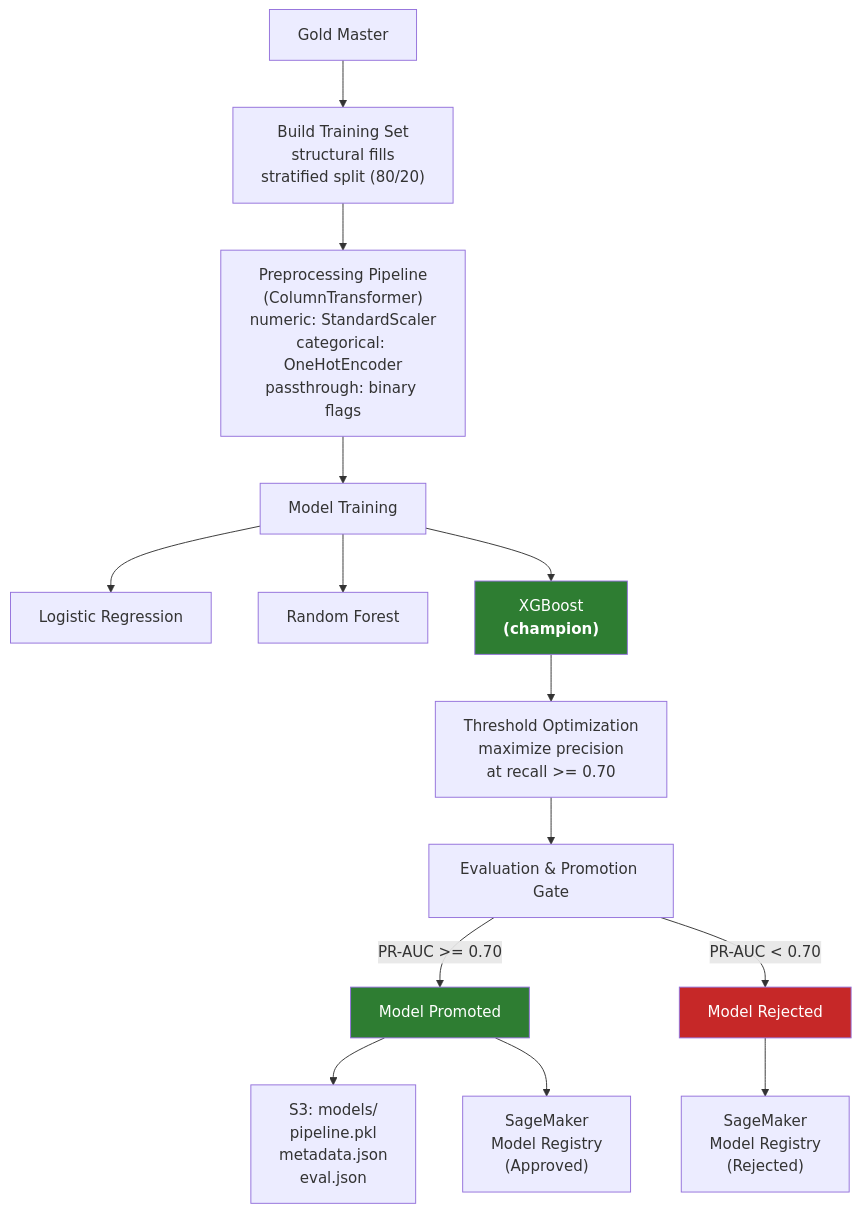
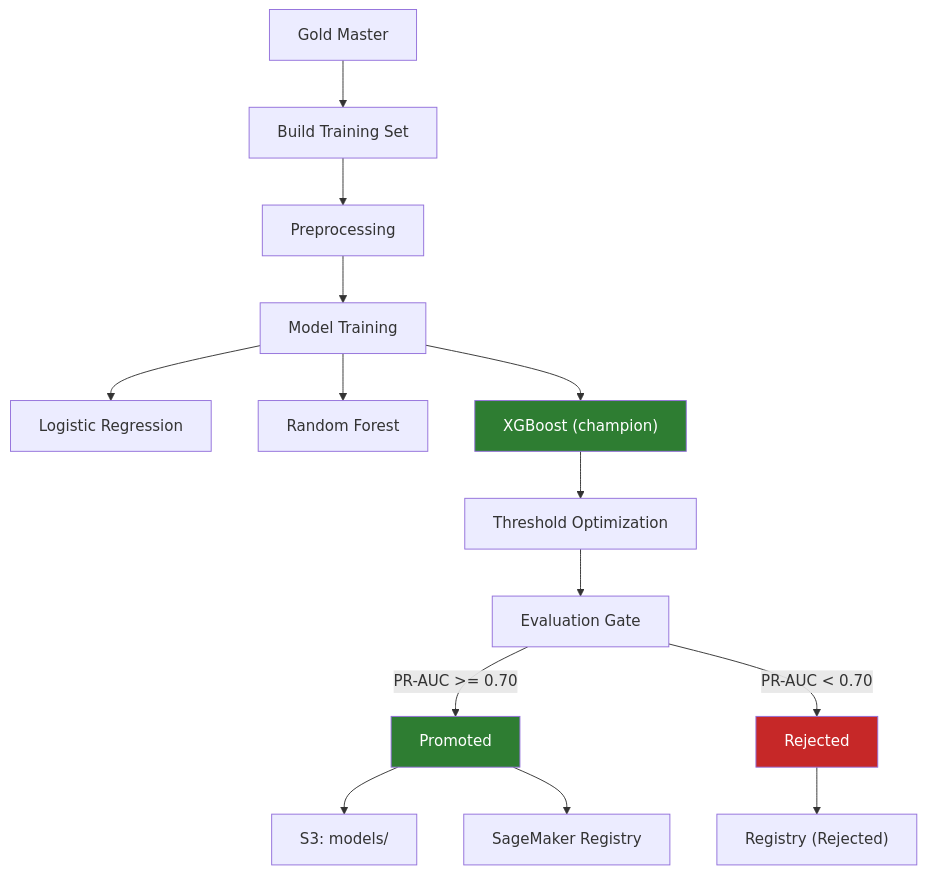
Before and after one commit to rawad-yared/bcgx-spanishgas-g1: the fourth of 8 diagrams in README.md, drawn with Mermaid. The commit also changed other lines of this file, not shown here.

First line of the commit message:
Shorten Mermaid diagram labels to prevent text clipping

````diff
--- a/README.md
+++ b/README.md
@@ -250,25 +256,25 @@
 ```mermaid
 graph TD
-    GM["Gold Master"] --> BTS["Build Training Set<br/>structural fills<br/>stratified split (80/20)"]
-    BTS --> PP["Preprocessing Pipeline<br/>(ColumnTransformer)<br/>numeric: StandardScaler<br/>categorical: OneHotEncoder<br/>passthrough: binary flags"]
+    GM["Gold Master"] --> BTS["Build Training Set"]
+    BTS --> PP["Preprocessing"]
     PP --> TRAIN["Model Training"]
 
     TRAIN --> LR["Logistic Regression"]
     TRAIN --> RF["Random Forest"]
-    TRAIN --> XGB["XGBoost<br/><b>(champion)</b>"]
+    TRAIN --> XGB["XGBoost (champion)"]
 
-    XGB --> THRESH["Threshold Optimization<br/>maximize precision<br/>at recall >= 0.70"]
-    THRESH --> EVAL["Evaluation & Promotion Gate"]
+    XGB --> THRESH["Threshold Optimization"]
+    THRESH --> EVAL["Evaluation Gate"]
 
-    EVAL -->|"PR-AUC >= 0.70"| PASS["Model Promoted"]
-    EVAL -->|"PR-AUC < 0.70"| FAIL["Model Rejected"]
+    EVAL -->|"PR-AUC >= 0.70"| PASS["Promoted"]
+    EVAL -->|"PR-AUC < 0.70"| FAIL["Rejected"]
 
-    PASS --> S3_MODELS["S3: models/<br/>pipeline.pkl<br/>metadata.json<br/>eval.json"]
-    PASS --> SM_REG["SageMaker<br/>Model Registry<br/>(Approved)"]
+    PASS --> S3_MODELS["S3: models/"]
+    PASS --> SM_REG["SageMaker Registry"]
 
-    FAIL --> SM_REJ["SageMaker<br/>Model Registry<br/>(Rejected)"]
+    FAIL --> SM_REJ["Registry (Rejected)"]
 
     style XGB fill:#2e7d32,color:#fff
     style PASS fill:#2e7d32,color:#fff
     style FAIL fill:#c62828,color:#fff
 ```
````
